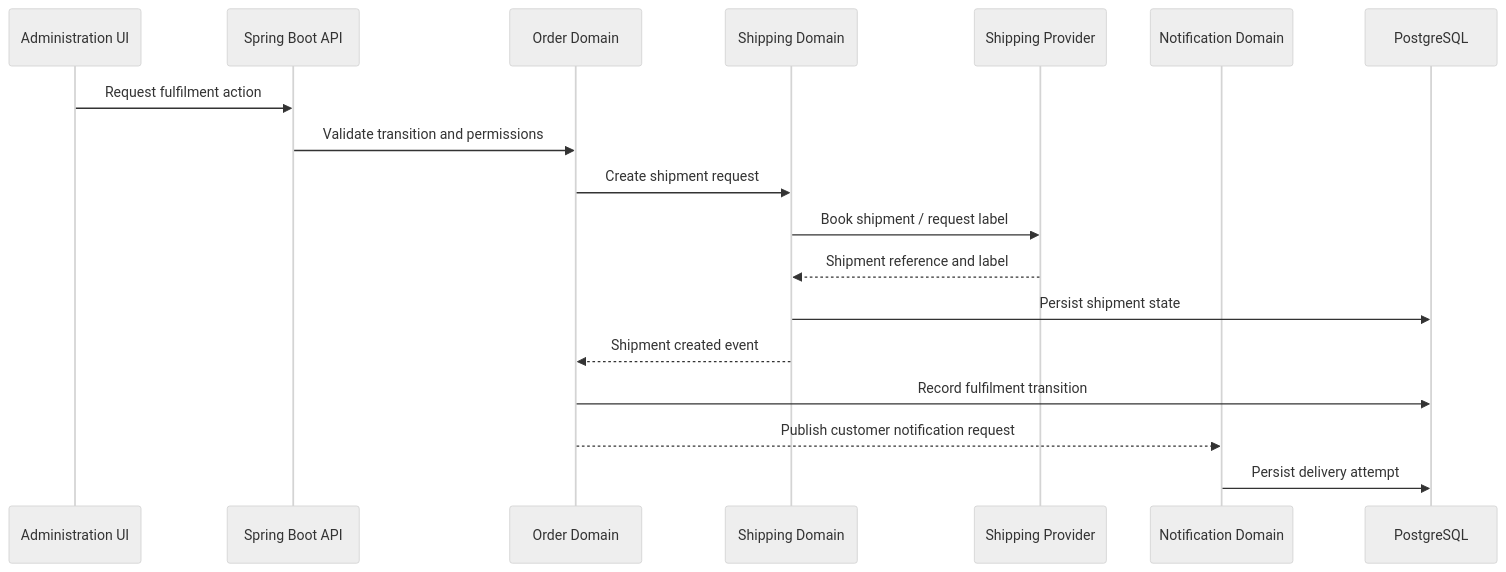
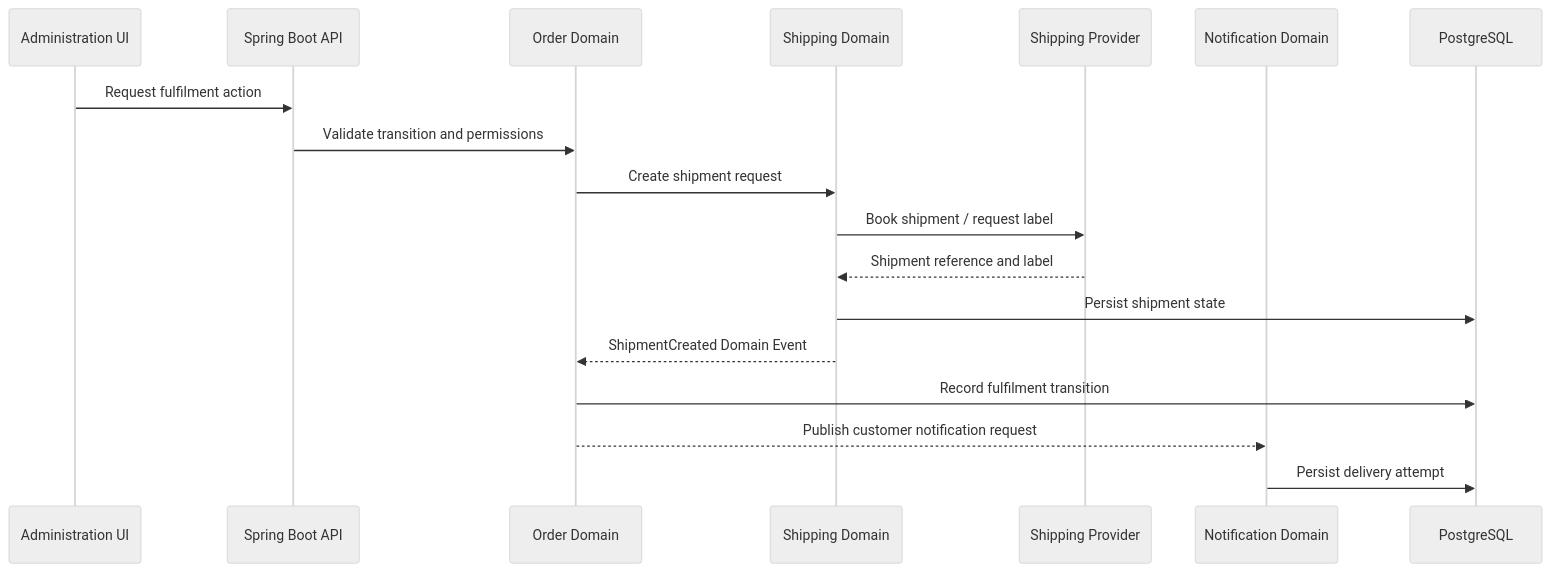
One commit to awesomehesman/eCom-Online-Store changed the fourth of 6 diagrams in enterprise-fashion-ecommerce/.ai/core/ARCHITECTURE.md. Above: the diagram before and after it, drawn with Mermaid (neutral theme). The commit also changed other lines of this file, not shown here.

Commit message:
docs(ai): align architecture after core audit

````diff
--- a/enterprise-fashion-ecommerce/.ai/core/ARCHITECTURE.md
+++ b/enterprise-fashion-ecommerce/.ai/core/ARCHITECTURE.md
@@ -867,21 +869,21 @@
 ```mermaid
 sequenceDiagram
     participant Admin as Administration UI
     participant API as Spring Boot API
     participant Order as Order Domain
     participant Shipping as Shipping Domain
     participant Provider as Shipping Provider
     participant Notify as Notification Domain
     participant DB as PostgreSQL
 
     Admin->>API: Request fulfilment action
     API->>Order: Validate transition and permissions
     Order->>Shipping: Create shipment request
     Shipping->>Provider: Book shipment / request label
     Provider-->>Shipping: Shipment reference and label
     Shipping->>DB: Persist shipment state
-    Shipping-->>Order: Shipment created event
+    Shipping-->>Order: ShipmentCreated Domain Event
     Order->>DB: Record fulfilment transition
     Order-->>Notify: Publish customer notification request
     Notify->>DB: Persist delivery attempt
 ```
````
